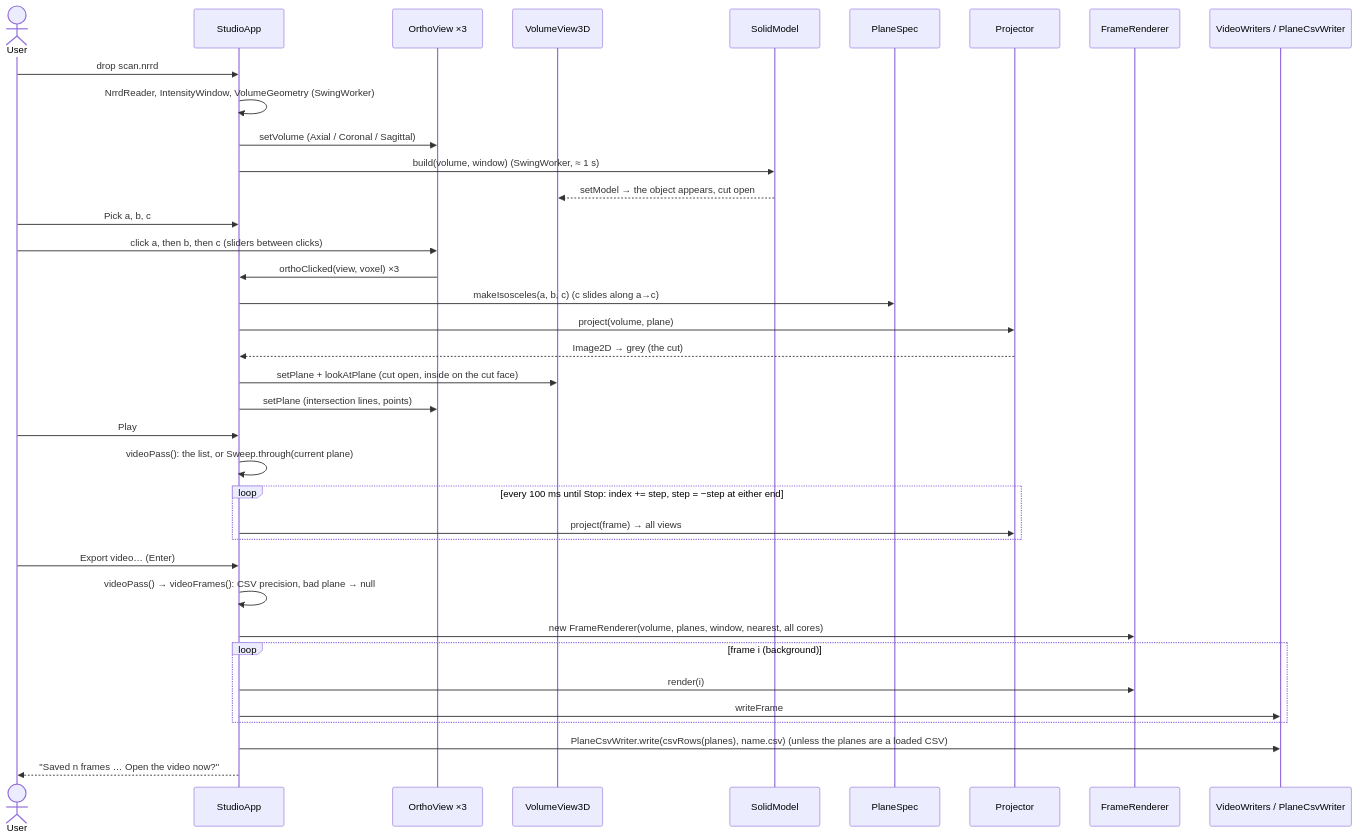
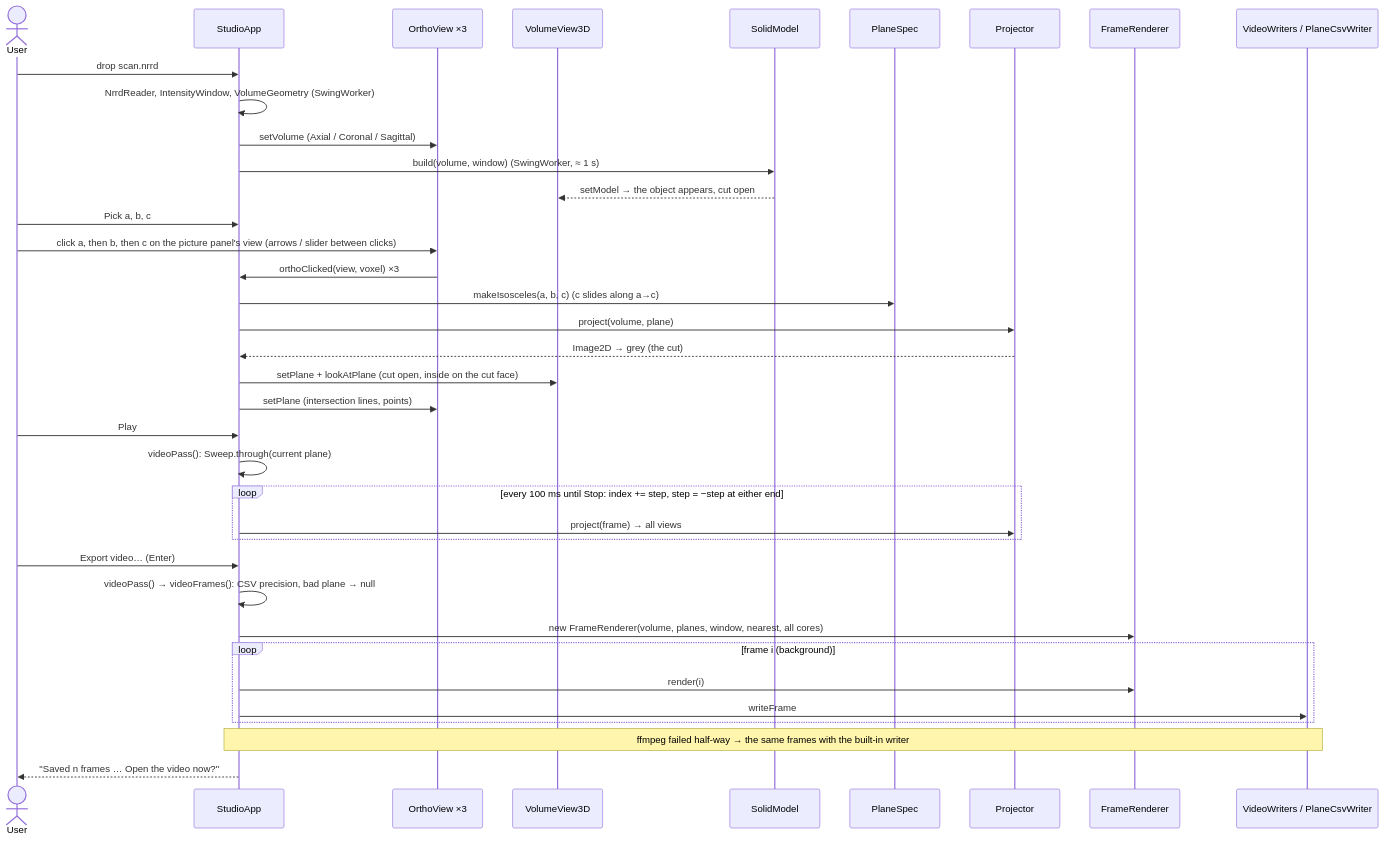
Before and after one commit to NoamTheGolem/Intro2SE_Ex1: the sixth of 6 diagrams in docs/SDD.md, drawn with Mermaid. The commit also changed other lines of this file and 13 other files, not shown here.

````diff
--- a/docs/SDD.md
+++ b/docs/SDD.md
@@ -342,39 +348,39 @@
 ```mermaid
 sequenceDiagram
     actor U as User
     participant S as StudioApp
     participant O as OrthoView ×3
     participant V3 as VolumeView3D
     participant M as SolidModel
     participant PS as PlaneSpec
     participant P as Projector
     participant R as FrameRenderer
     participant W as VideoWriters / PlaneCsvWriter
     U->>S: drop scan.nrrd
     S->>S: NrrdReader, IntensityWindow, VolumeGeometry (SwingWorker)
     S->>O: setVolume (Axial / Coronal / Sagittal)
     S->>M: build(volume, window) (SwingWorker, ≈ 1 s)
     M-->>V3: setModel → the object appears, cut open
     U->>S: Pick a, b, c
-    U->>O: click a, then b, then c (sliders between clicks)
+    U->>O: click a, then b, then c on the picture panel's view (arrows / slider between clicks)
     O->>S: orthoClicked(view, voxel) ×3
     S->>PS: makeIsosceles(a, b, c)  (c slides along a→c)
     S->>P: project(volume, plane)
     P-->>S: Image2D → grey (the cut)
     S->>V3: setPlane + lookAtPlane (cut open, inside on the cut face)
     S->>O: setPlane (intersection lines, points)
     U->>S: Play
-    S->>S: videoPass(): the list, or Sweep.through(current plane)
+    S->>S: videoPass(): Sweep.through(current plane)
     loop every 100 ms until Stop: index += step, step = −step at either end
         S->>P: project(frame) → all views
     end
     U->>S: Export video… (Enter)
     S->>S: videoPass() → videoFrames(): CSV precision, bad plane → null
     S->>R: new FrameRenderer(volume, planes, window, nearest, all cores)
     loop frame i (background)
         S->>R: render(i)
         S->>W: writeFrame
     end
-    S->>W: PlaneCsvWriter.write(csvRows(planes), name.csv)  (unless the planes are a loaded CSV)
+    Note over S,W: ffmpeg failed half-way → the same frames with the built-in writer
     S-->>U: "Saved n frames … Open the video now?"
 ```
````
